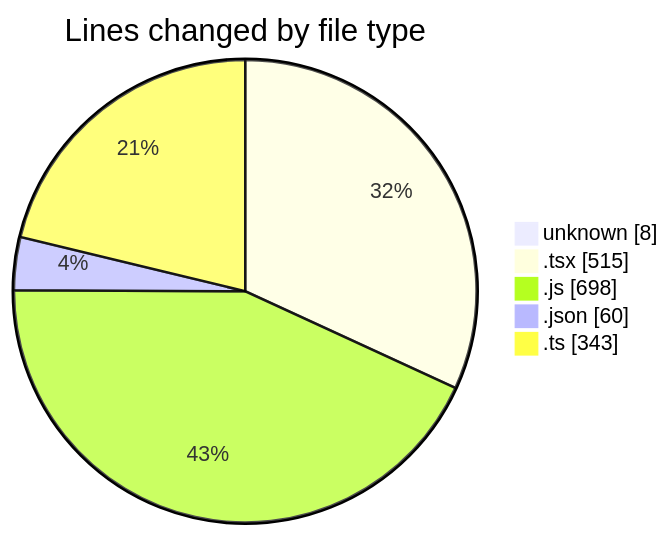
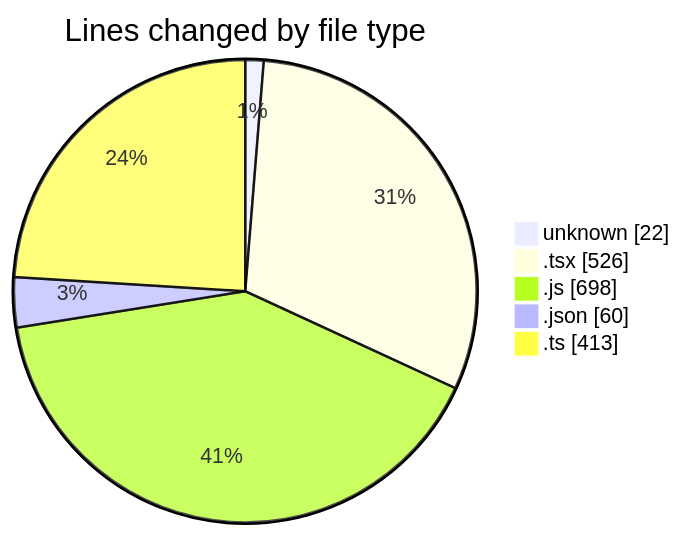
Before and after one commit to lephambinh05/code-tracking: the first of 2 diagrams in 2025-08-07/napxuvn/README.md, drawn with Mermaid. The commit also changed other lines of this file and 1 other file, not shown here.

````diff
--- a/2025-08-07/napxuvn/README.md
+++ b/2025-08-07/napxuvn/README.md
@@ -38,9 +40,9 @@
 ```mermaid
 pie showData
 title Lines changed by file type
-"unknown" : 8
-".tsx" : 515
+"unknown" : 22
+".tsx" : 526
 ".js" : 698
 ".json" : 60
-".ts" : 343
+".ts" : 413
 ```
````
